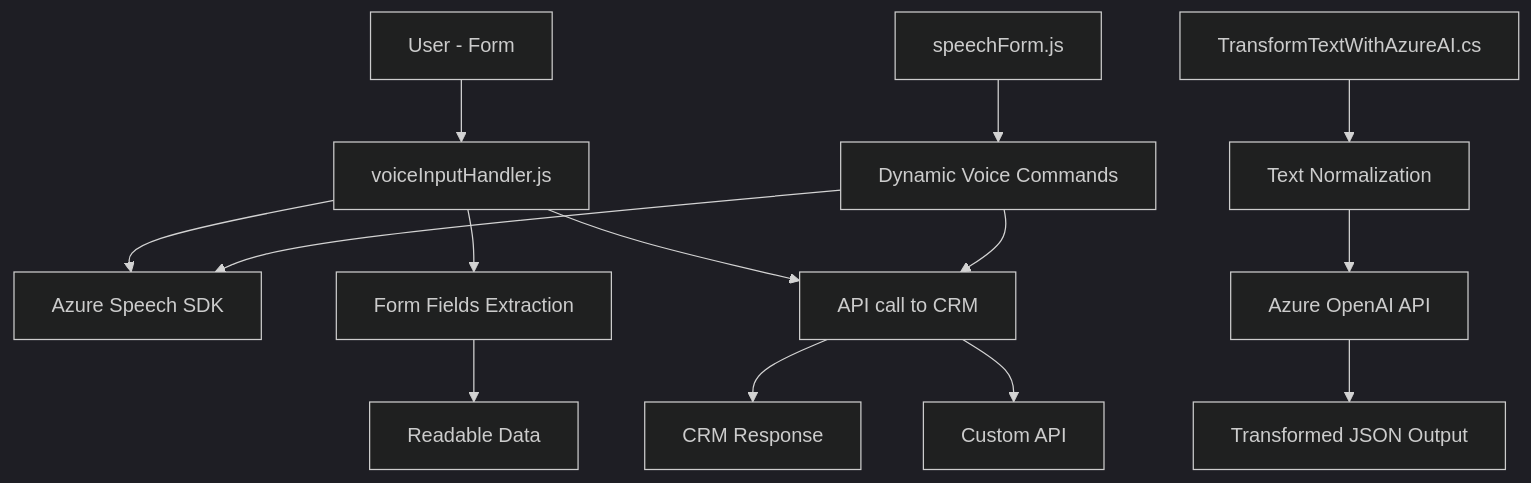
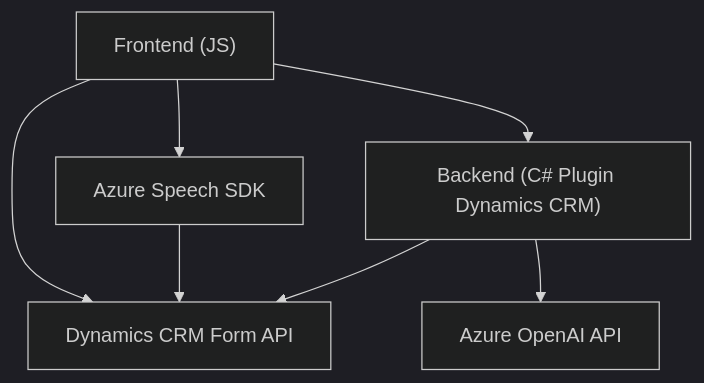
The diagram in README.md (blopezdm/NETCORE_BILBAO2025), drawn with Mermaid (dark theme) before and after one commit. The commit also changed other lines of this file, not shown here.

````diff
--- a/README.md
+++ b/README.md
@@ -40,18 +44,15 @@
 ```mermaid
 graph TD
-    A["User - Form"] --> B["voiceInputHandler.js"]
-    B --> C["Azure Speech SDK"]
-    B --> D["Form Fields Extraction"]
-    B --> E["API call to CRM"]
-    D --> F["Readable Data"]
-    E --> G["CRM Response"]
+    A["Frontend (JS)"]
+    B["Backend (C# Plugin Dynamics CRM)"]
+    C["Azure Speech SDK"]
+    D["Dynamics CRM Form API"]
+    E["Azure OpenAI API"]
 
-    X["speechForm.js"] --> Y["Dynamic Voice Commands"]
-    Y --> C
-    Y --> E
-    E --> Z["Custom API"]
-
-    J["TransformTextWithAzureAI.cs"] --> K["Text Normalization"]
-    K --> L["Azure OpenAI API"]
-    L --> M["Transformed JSON Output"]
+    A --> C
+    A --> D
+    C --> D
+    B --> D
+    B --> E
+    A --> B
 ```
````
